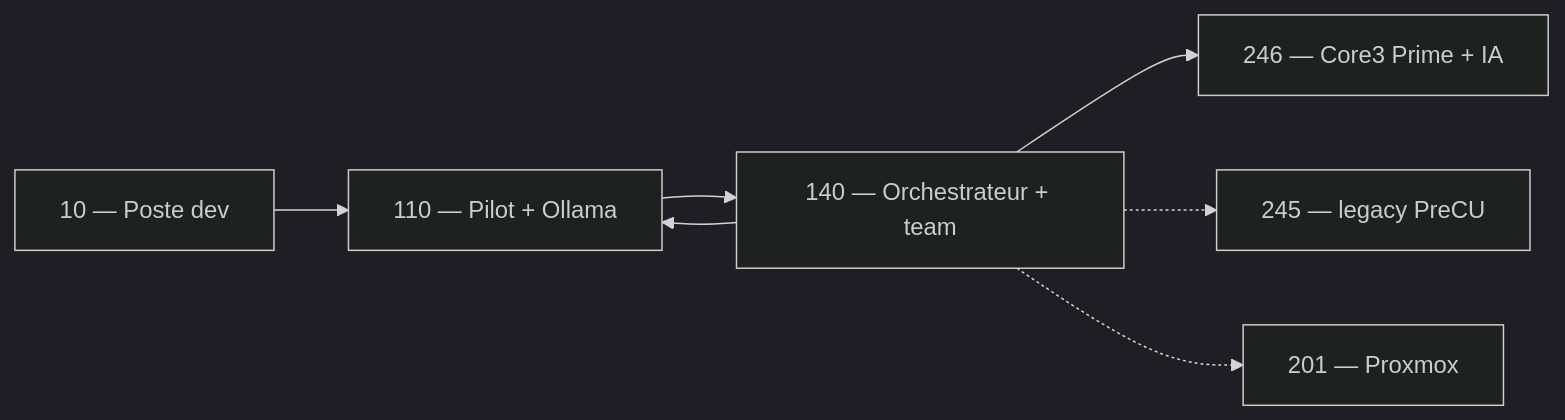
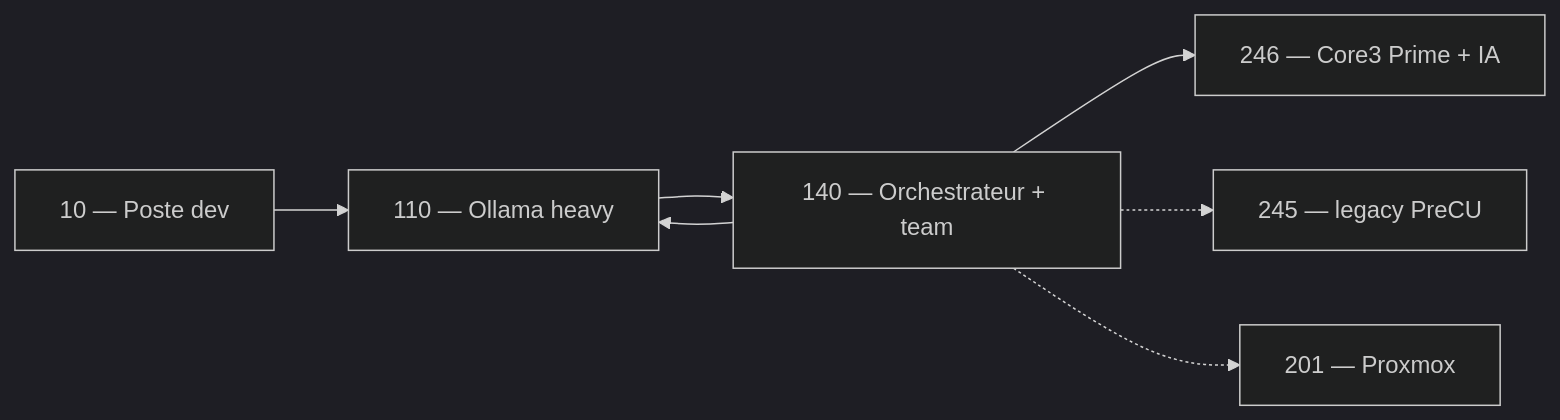
The diagram in packages/cortex/docs/architecture_equipe_virtuelle_studio.md (Teome0245/LBG_Studios), drawn with Mermaid (dark theme) before and after one commit. The commit also changed other lines of this file and 32 other files, not shown here.

````diff
--- a/packages/cortex/docs/architecture_equipe_virtuelle_studio.md
+++ b/packages/cortex/docs/architecture_equipe_virtuelle_studio.md
@@ -35,16 +36,16 @@
 ```mermaid
 flowchart LR
   PC["10 — Poste dev"]
-  V110["110 — Pilot + Ollama"]
+  V110["110 — Ollama heavy"]
   V140["140 — Orchestrateur + team"]
   V246["246 — Core3 Prime + IA"]
   V245["245 — legacy PreCU"]
   PVE["201 — Proxmox"]
 
   PC --> V110
   V110 --> V140
   V140 --> V110
   V140 --> V246
   V140 -.-> V245
   V140 -.-> PVE
 ```
````
